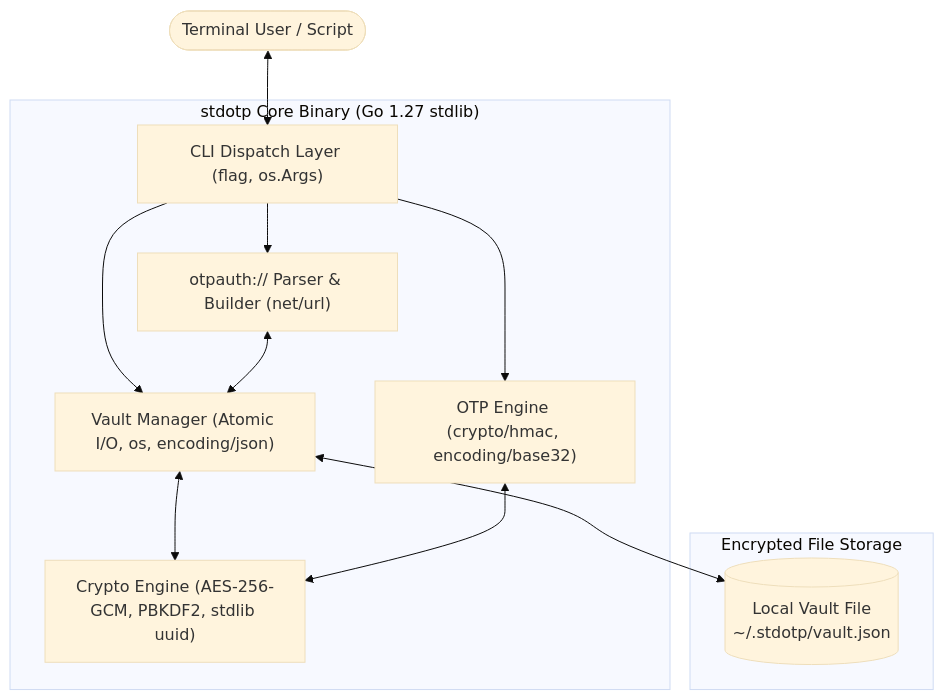
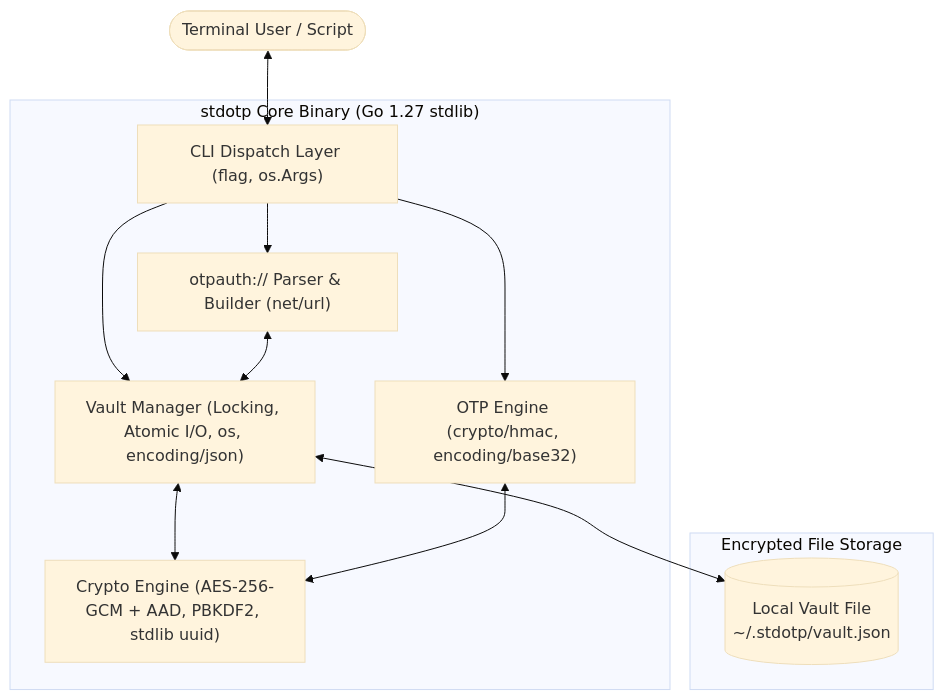
The first of 4 diagrams in README.md (moin08s/stdotp), drawn with Mermaid (base theme) before and after one commit. The commit also changed other lines of this file and 2 other files, not shown here.

Commit message:
feat: vault locking concurrency, AES-GCM AAD metadata authentication, header validation, custom iteration preservation, error-checked HOTP saving, and 51 tests (81.0% coverage)

````diff
--- a/README.md
+++ b/README.md
@@ -131,18 +132,18 @@
 ```mermaid
 graph TD
     User([Terminal User / Script]) <--> CLI["CLI Dispatch Layer (flag, os.Args)"]
 
     subgraph Core["stdotp Core Binary (Go 1.27 stdlib)"]
         CLI --> Parser["otpauth:// Parser & Builder (net/url)"]
-        CLI --> VaultMgr["Vault Manager (Atomic I/O, os, encoding/json)"]
+        CLI --> VaultMgr["Vault Manager (Locking, Atomic I/O, os, encoding/json)"]
         CLI --> OTPGen["OTP Engine (crypto/hmac, encoding/base32)"]
 
         Parser <--> VaultMgr
-        VaultMgr <--> Crypto["Crypto Engine (AES-256-GCM, PBKDF2, stdlib uuid)"]
+        VaultMgr <--> Crypto["Crypto Engine (AES-256-GCM + AAD, PBKDF2, stdlib uuid)"]
         OTPGen <--> Crypto
     end
 
     subgraph Storage["Encrypted File Storage"]
         VaultMgr <--> VaultFile[("Local Vault File<br/>~/.stdotp/vault.json")]
     end
 ```
````
